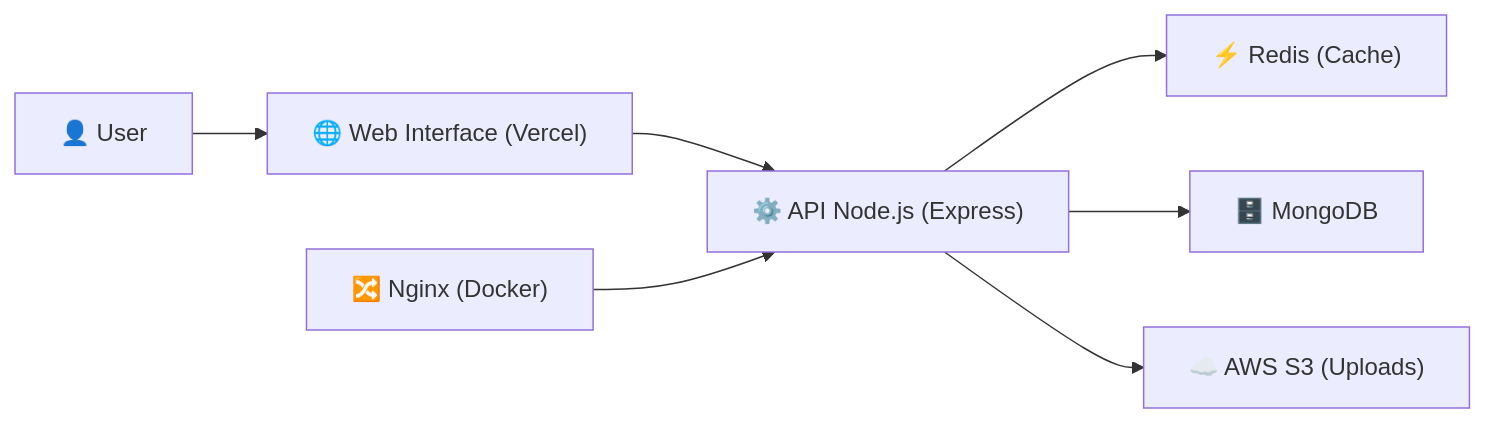
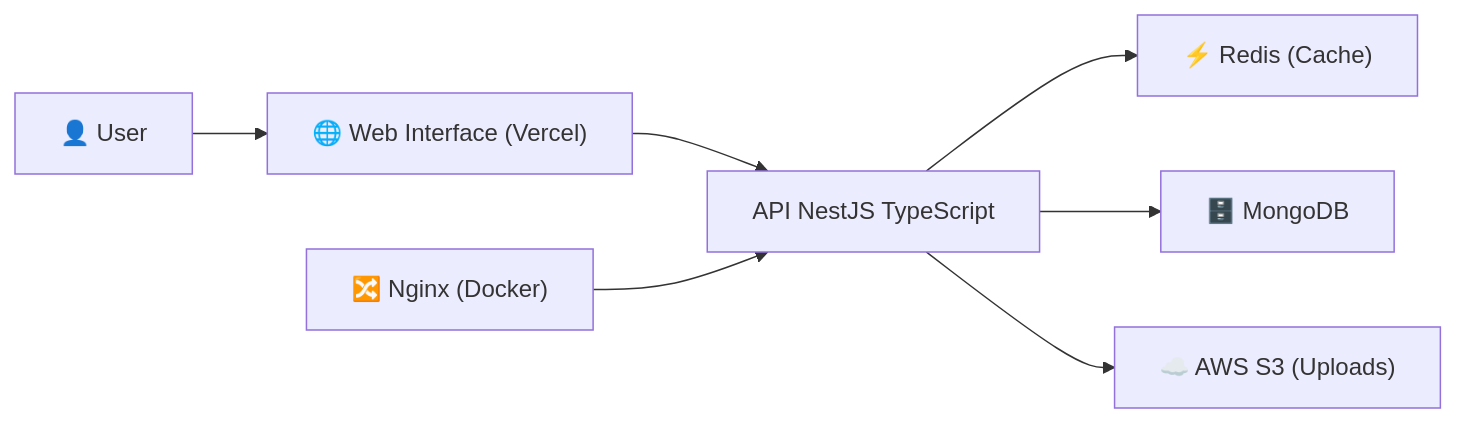
Before and after one commit to AlanZayon/api-maranguape: the first of 5 diagrams in README.md, drawn with Mermaid. The commit also changed other lines of this file and 218 other files, not shown here.

````diff
--- a/README.md
+++ b/README.md
@@ -9,17 +9,17 @@
 ```mermaid
 flowchart LR
     User["👤 User"]
     Frontend["🌐 Web Interface (Vercel)"]
-    API["⚙️ API Node.js (Express)"]
+    API["API NestJS TypeScript"]
     MongoFunc["🗄️ MongoDB "]
     Redis["⚡ Redis (Cache)"]
     S3["☁️ AWS S3 (Uploads)"]
     Nginx["🔀 Nginx (Docker)"]
 
     User --> Frontend
     Frontend --> API
     API --> Redis
     API --> MongoFunc
     API --> S3
     Nginx --> API
 ```
````
